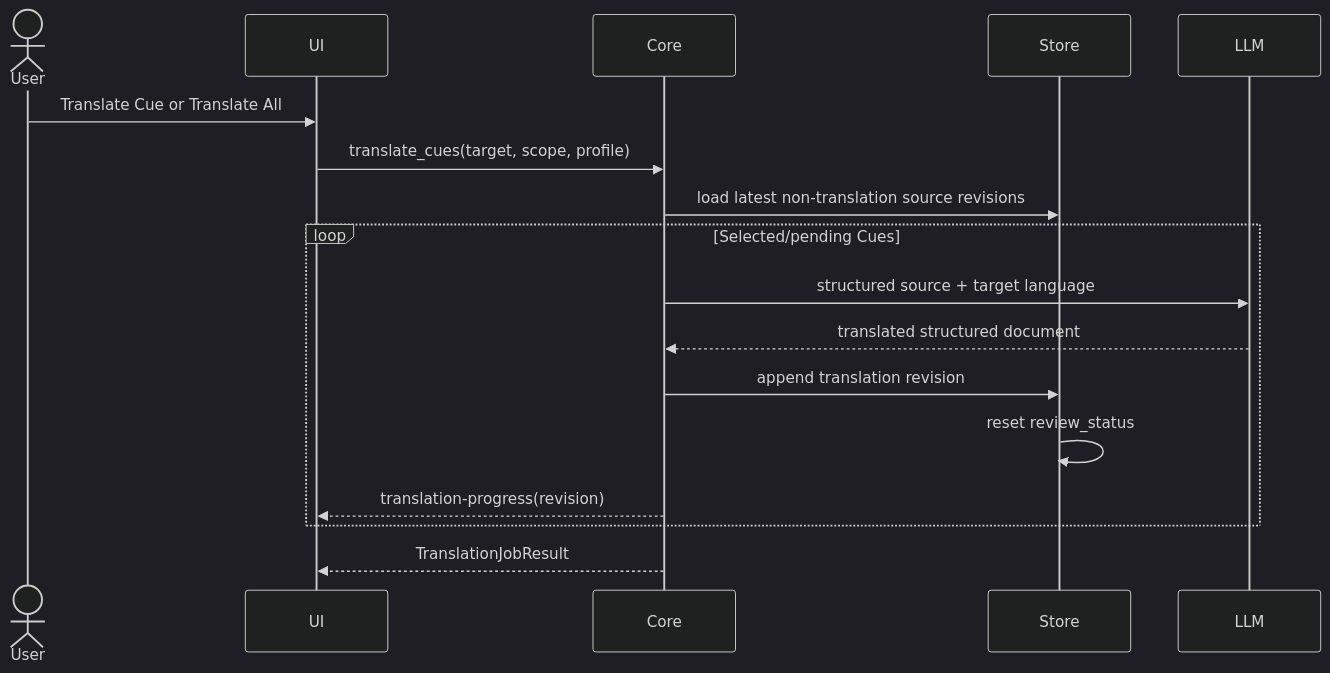
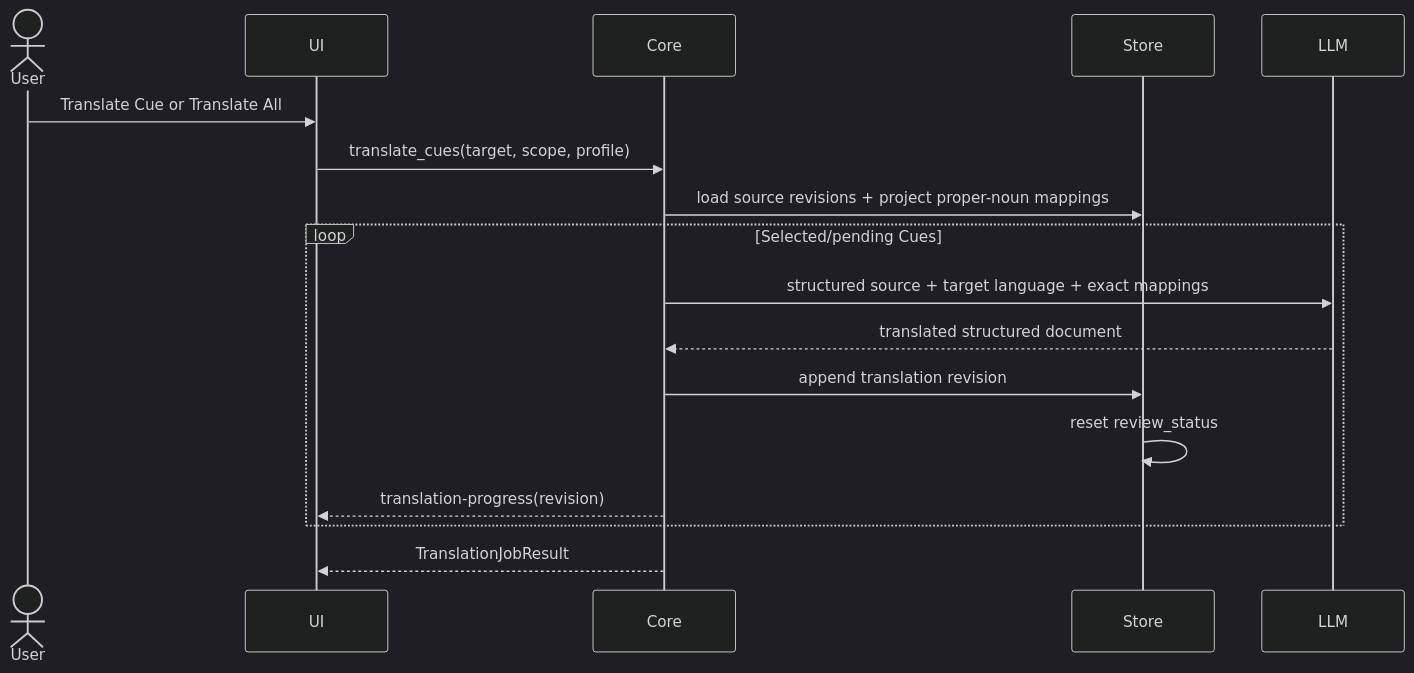
One commit to everettielle/RosettaCue changed diagram 14 of 18 in docs/specification.md. Above: the diagram before and after it, drawn with Mermaid (dark theme). The commit also changed other lines of this file and 18 other files, not shown here.

````diff
--- a/docs/specification.md
+++ b/docs/specification.md
@@ -791,20 +792,20 @@
 ```mermaid
 sequenceDiagram
   actor User
   participant UI
   participant Core
   participant Store
   participant LLM
 
   User->>UI: Translate Cue or Translate All
   UI->>Core: translate_cues(target, scope, profile)
-  Core->>Store: load latest non-translation source revisions
+  Core->>Store: load source revisions + project proper-noun mappings
   loop Selected/pending Cues
-    Core->>LLM: structured source + target language
+    Core->>LLM: structured source + target language + exact mappings
     LLM-->>Core: translated structured document
     Core->>Store: append translation revision
     Store->>Store: reset review_status
     Core-->>UI: translation-progress(revision)
   end
   Core-->>UI: TranslationJobResult
 ```
````
